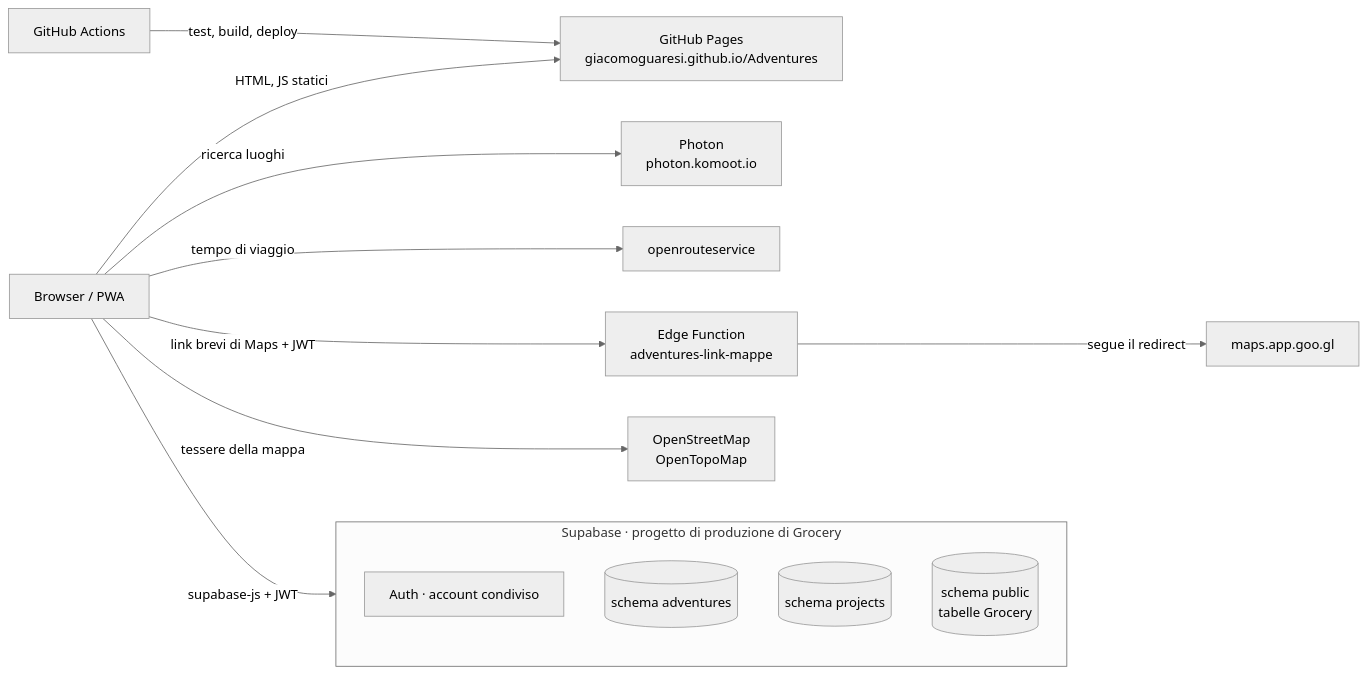
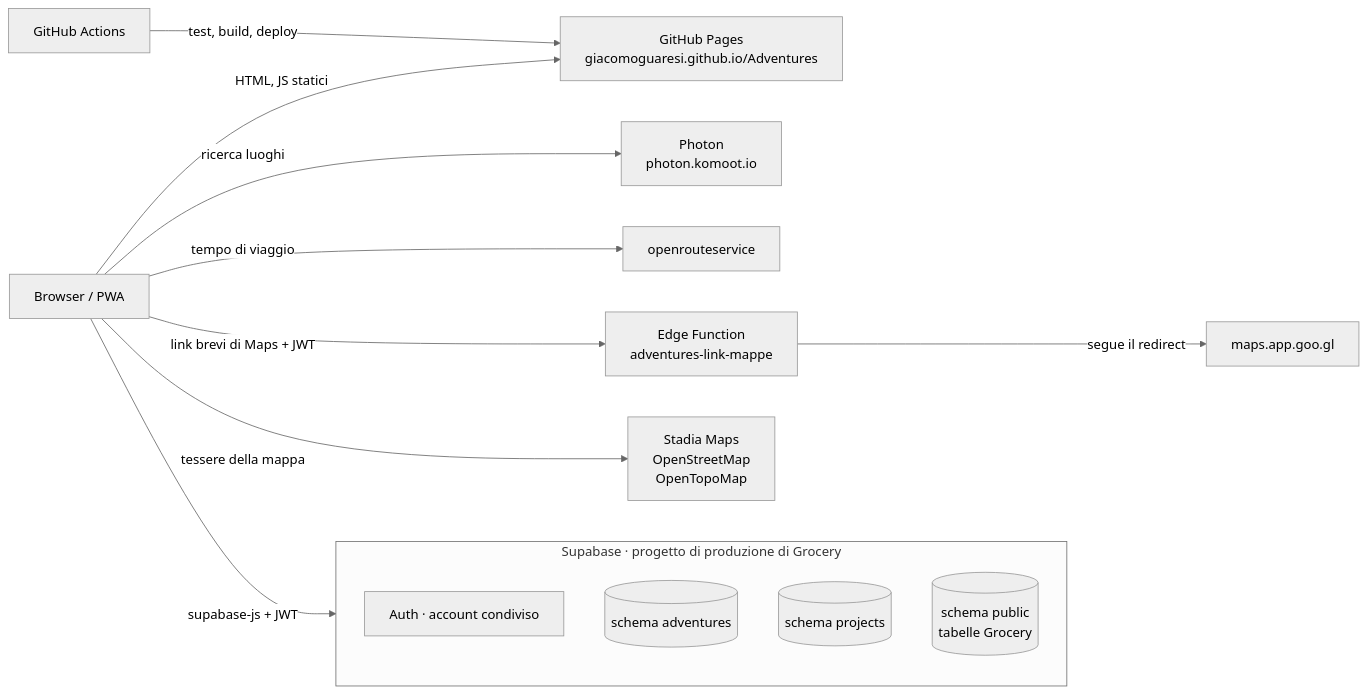
Before and after one commit to GiacomoGuaresi/Adventures: the diagram in docs/03-architettura.md, drawn with Mermaid (neutral theme). The commit also changed other lines of this file and 10 other files, not shown here.

First line of the commit message:
Mappa più leggibile: segnaposto con icona, nomi da vicino, legenda, sfondo Stadia

````diff
--- a/docs/03-architettura.md
+++ b/docs/03-architettura.md
@@ -5,17 +5,17 @@
 ```mermaid
 flowchart LR
   U[Browser / PWA] -->|HTML, JS statici| GP[GitHub Pages<br/>giacomoguaresi.github.io/Adventures]
   U -->|supabase-js + JWT| SB
   subgraph SB[Supabase · progetto di produzione di Grocery]
     AUTH[Auth · account condiviso]
     T[(schema adventures)]
     P[(schema projects)]
     G[(schema public<br/>tabelle Grocery)]
   end
   U -->|ricerca luoghi| PH[Photon<br/>photon.komoot.io]
   U -->|tempo di viaggio| ORS[openrouteservice]
   U -->|link brevi di Maps + JWT| EF[Edge Function<br/>adventures-link-mappe]
   EF -->|segue il redirect| GM[maps.app.goo.gl]
-  U -->|tessere della mappa| TILES[OpenStreetMap<br/>OpenTopoMap]
+  U -->|tessere della mappa| TILES[Stadia Maps<br/>OpenStreetMap<br/>OpenTopoMap]
   GH[GitHub Actions] -->|test, build, deploy| GP
 ```
````
